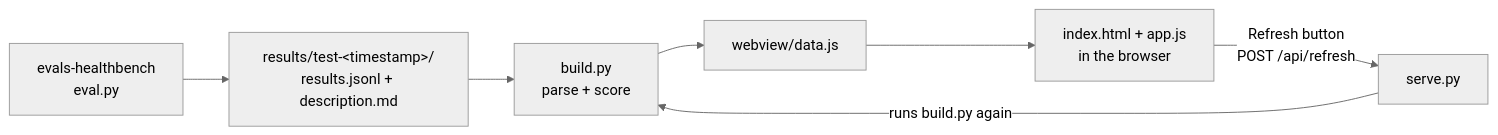
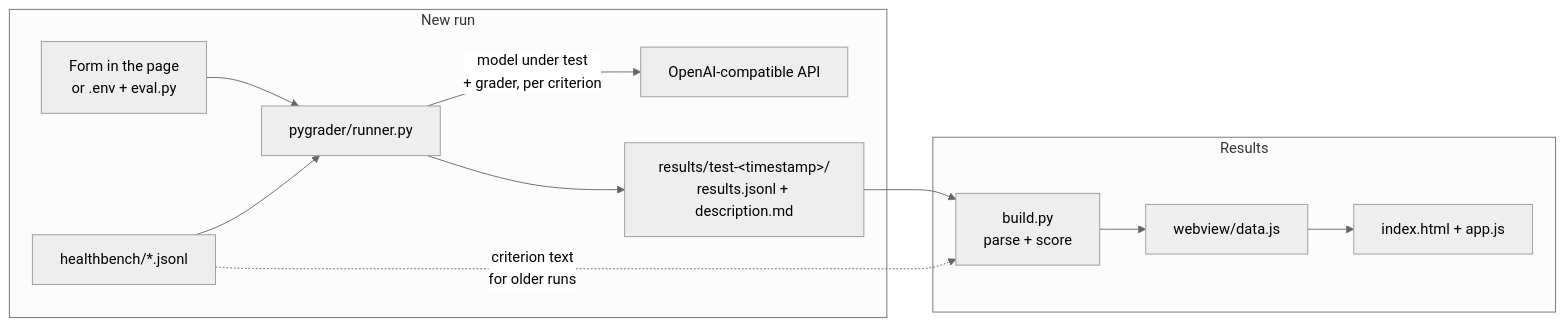
One commit to carlos-dev-research/evals-healthbench-dashboard changed the diagram in README.md. Above: the diagram before and after it, drawn with Mermaid (neutral theme). The commit also changed other lines of this file and 18 other files, not shown here.

````diff
--- a/README.md
+++ b/README.md
@@ -60,9 +149,15 @@
 ```mermaid
 flowchart LR
-    A[evals-healthbench<br/>eval.py] --> B[results/test-&lt;timestamp&gt;/<br/>results.jsonl + description.md]
-    B --> C[build.py<br/>parse + score]
-    C --> D[webview/data.js]
-    D --> E[index.html + app.js<br/>in the browser]
-    E -->|Refresh button<br/>POST /api/refresh| F[serve.py]
-    F -->|runs build.py again| C
+    subgraph Run[New run]
+        A[Form in the page<br/>or .env + eval.py] --> B[pygrader/runner.py]
+        D[healthbench/*.jsonl] --> B
+        B -->|model under test<br/>+ grader, per criterion| API[OpenAI-compatible API]
+        B --> R[results/test-&lt;timestamp&gt;/<br/>results.jsonl + description.md]
+    end
+    subgraph View[Results]
+        R --> C[build.py<br/>parse + score]
+        D -.->|criterion text<br/>for older runs| C
+        C --> J[webview/data.js]
+        J --> P[index.html + app.js]
+    end
 ```
````
